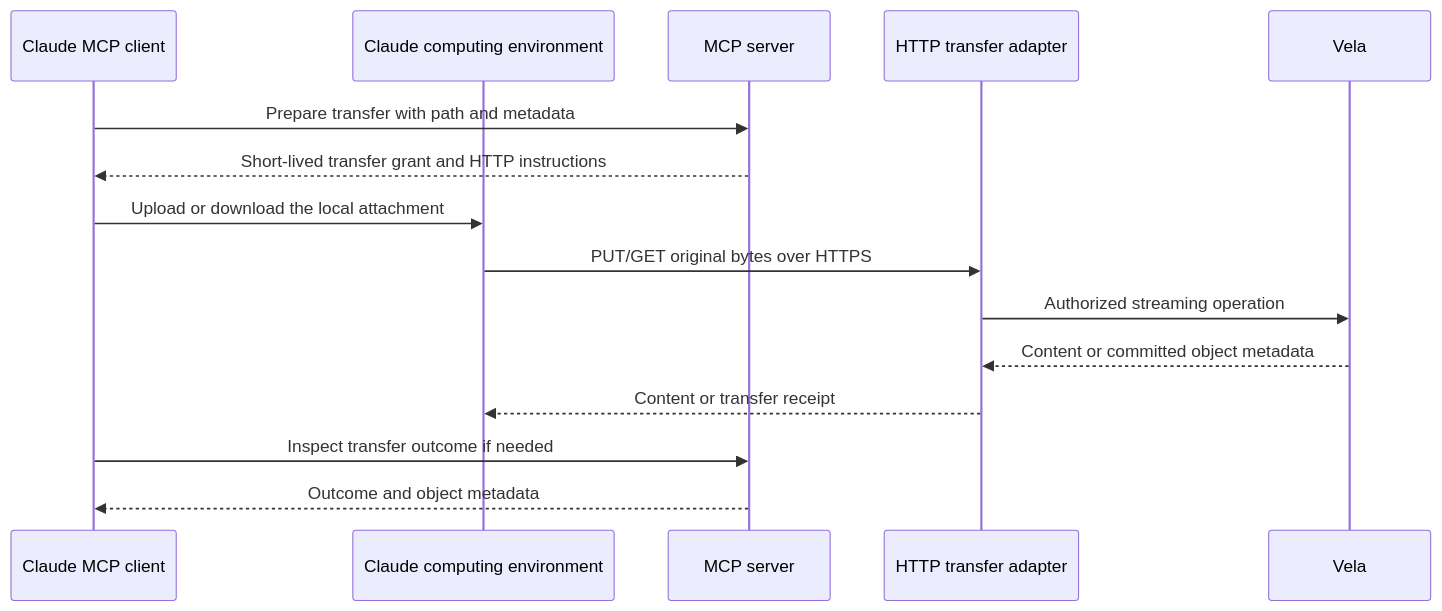
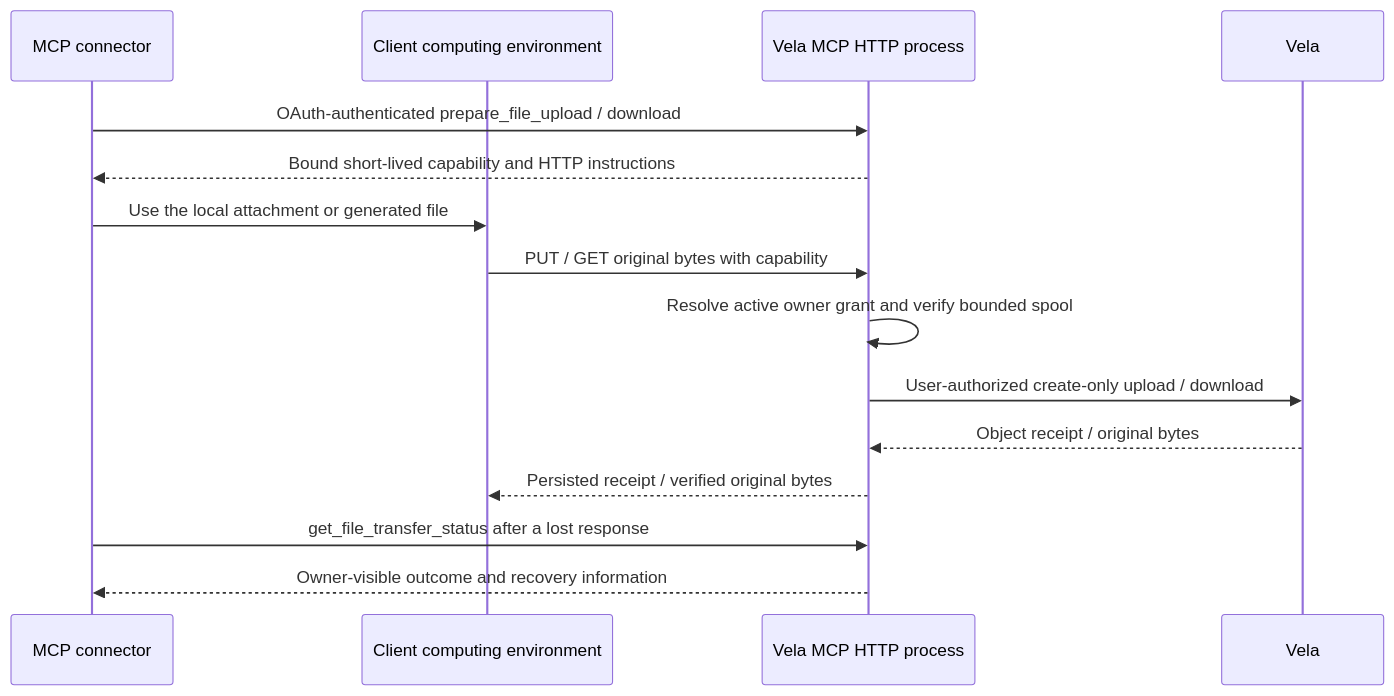
The diagram in docs/http-file-transfer.md (x-chunk/vela-mcp), drawn with Mermaid before and after one commit. The commit also changed other lines of this file and 4 other files, not shown here.

Commit message:
docs: document connector deployment OAuth and binary file workflows

````diff
--- a/docs/http-file-transfer.md
+++ b/docs/http-file-transfer.md
@@ -27,17 +7,17 @@
 ```mermaid
 sequenceDiagram
-    participant C as Claude MCP client
-    participant E as Claude computing environment
-    participant M as MCP server
-    participant H as HTTP transfer adapter
+    participant C as MCP connector
+    participant E as Client computing environment
+    participant M as Vela MCP HTTP process
     participant V as Vela
-    C->>M: Prepare transfer with path and metadata
-    M-->>C: Short-lived transfer grant and HTTP instructions
-    C->>E: Upload or download the local attachment
-    E->>H: PUT/GET original bytes over HTTPS
-    H->>V: Authorized streaming operation
-    V-->>H: Content or committed object metadata
-    H-->>E: Content or transfer receipt
-    C->>M: Inspect transfer outcome if needed
-    M-->>C: Outcome and object metadata
+    C->>M: OAuth-authenticated prepare_file_upload / download
+    M-->>C: Bound short-lived capability and HTTP instructions
+    C->>E: Use the local attachment or generated file
+    E->>M: PUT / GET original bytes with capability
+    M->>M: Resolve active owner grant and verify bounded spool
+    M->>V: User-authorized create-only upload / download
+    V-->>M: Object receipt / original bytes
+    M-->>E: Persisted receipt / verified original bytes
+    C->>M: get_file_transfer_status after a lost response
+    M-->>C: Owner-visible outcome and recovery information
 ```
````
